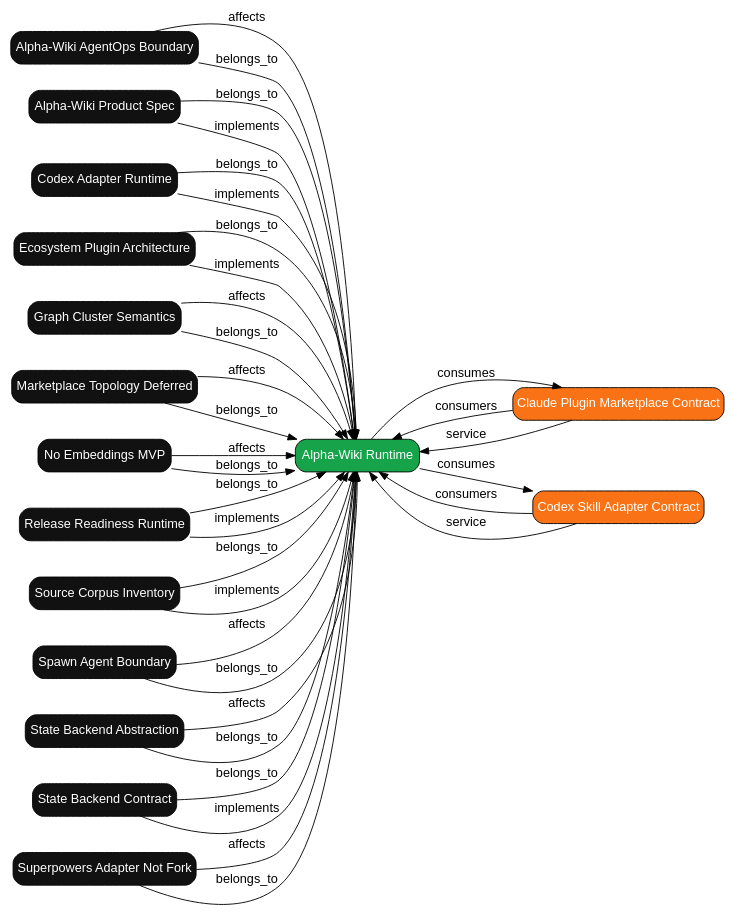
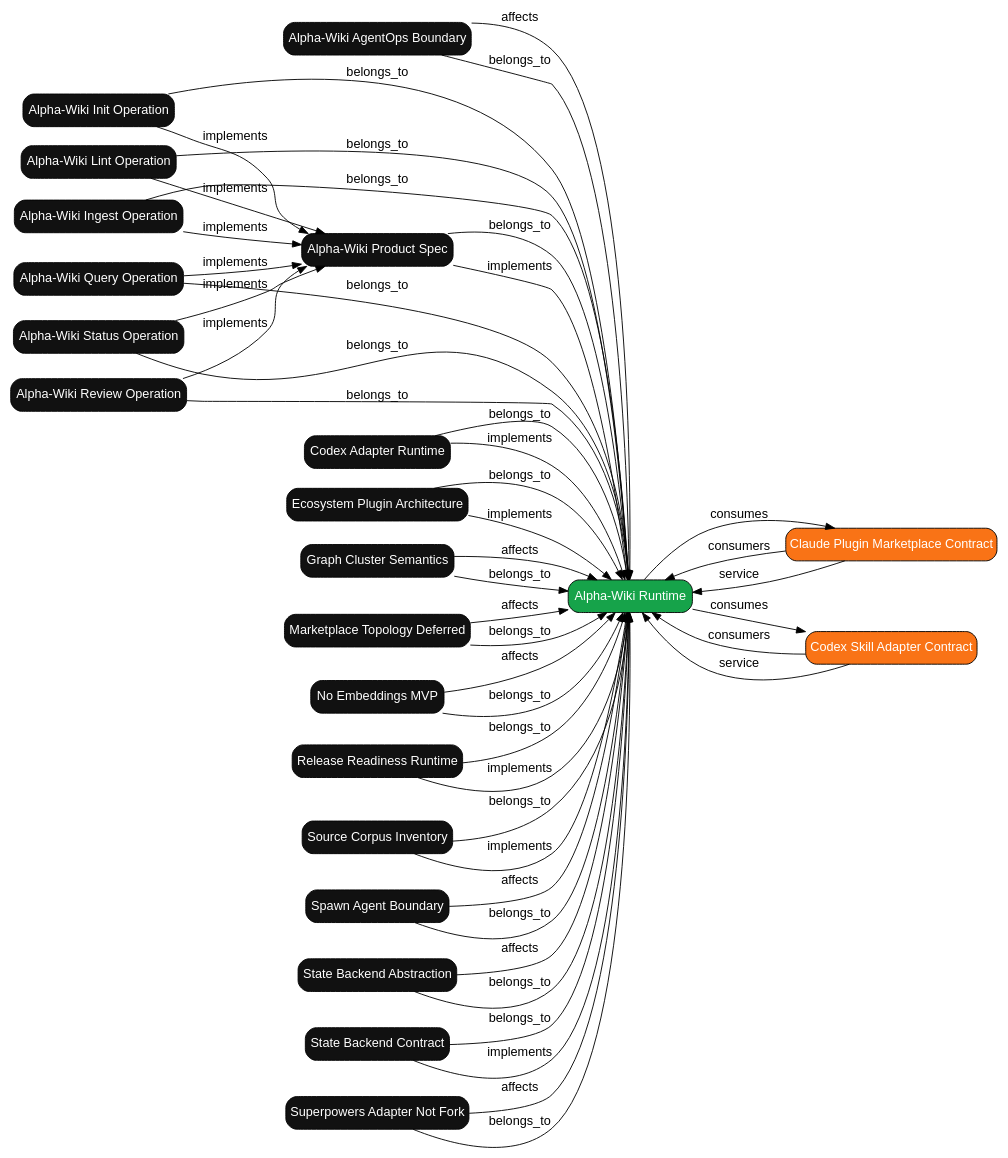
One commit to yura4gus/alpha-wiki-creator changed the diagram in .wiki/graph/graph.dot. Above: the diagram before and after it, drawn with Graphviz. The commit also changed 24 other files, not shown here.

```diff
--- a/.wiki/graph/graph.dot
+++ b/.wiki/graph/graph.dot
@@ -1,53 +1,71 @@
 digraph AlphaWiki {
   graph [rankdir="LR", compound="true"];
   node [shape="box", style="filled,rounded", fontname="Arial"];
   edge [fontname="Arial"];
   "alpha-wiki-agentops-boundary" [label="Alpha-Wiki AgentOps Boundary", fillcolor="#111111", fontcolor="#FFFFFF"];
+  "alpha-wiki-ingest-operation" [label="Alpha-Wiki Ingest Operation", fillcolor="#111111", fontcolor="#FFFFFF"];
+  "alpha-wiki-init-operation" [label="Alpha-Wiki Init Operation", fillcolor="#111111", fontcolor="#FFFFFF"];
+  "alpha-wiki-lint-operation" [label="Alpha-Wiki Lint Operation", fillcolor="#111111", fontcolor="#FFFFFF"];
   "alpha-wiki-product-spec" [label="Alpha-Wiki Product Spec", fillcolor="#111111", fontcolor="#FFFFFF"];
+  "alpha-wiki-query-operation" [label="Alpha-Wiki Query Operation", fillcolor="#111111", fontcolor="#FFFFFF"];
+  "alpha-wiki-review-operation" [label="Alpha-Wiki Review Operation", fillcolor="#111111", fontcolor="#FFFFFF"];
   "alpha-wiki-runtime" [label="Alpha-Wiki Runtime", fillcolor="#16A34A", fontcolor="#FFFFFF"];
+  "alpha-wiki-status-operation" [label="Alpha-Wiki Status Operation", fillcolor="#111111", fontcolor="#FFFFFF"];
   "claude-plugin-marketplace-contract" [label="Claude Plugin Marketplace Contract", fillcolor="#F97316", fontcolor="#FFFFFF"];
   "codex-adapter-runtime" [label="Codex Adapter Runtime", fillcolor="#111111", fontcolor="#FFFFFF"];
   "codex-skill-adapter-contract" [label="Codex Skill Adapter Contract", fillcolor="#F97316", fontcolor="#FFFFFF"];
   "ecosystem-plugin-architecture" [label="Ecosystem Plugin Architecture", fillcolor="#111111", fontcolor="#FFFFFF"];
   "graph-cluster-semantics" [label="Graph Cluster Semantics", fillcolor="#111111", fontcolor="#FFFFFF"];
   "marketplace-topology-deferred" [label="Marketplace Topology Deferred", fillcolor="#111111", fontcolor="#FFFFFF"];
   "no-embeddings-mvp" [label="No Embeddings MVP", fillcolor="#111111", fontcolor="#FFFFFF"];
   "release-readiness-runtime" [label="Release Readiness Runtime", fillcolor="#111111", fontcolor="#FFFFFF"];
   "source-corpus-inventory" [label="Source Corpus Inventory", fillcolor="#111111", fontcolor="#FFFFFF"];
   "spawn-agent-boundary" [label="Spawn Agent Boundary", fillcolor="#111111", fontcolor="#FFFFFF"];
   "state-backend-abstraction" [label="State Backend Abstraction", fillcolor="#111111", fontcolor="#FFFFFF"];
   "state-backend-contract" [label="State Backend Contract", fillcolor="#111111", fontcolor="#FFFFFF"];
   "superpowers-adapter-not-fork" [label="Superpowers Adapter Not Fork", fillcolor="#111111", fontcolor="#FFFFFF"];
   "alpha-wiki-agentops-boundary" -> "alpha-wiki-runtime" [label="affects"];
   "alpha-wiki-agentops-boundary" -> "alpha-wiki-runtime" [label="belongs_to"];
+  "alpha-wiki-ingest-operation" -> "alpha-wiki-product-spec" [label="implements"];
+  "alpha-wiki-ingest-operation" -> "alpha-wiki-runtime" [label="belongs_to"];
+  "alpha-wiki-init-operation" -> "alpha-wiki-product-spec" [label="implements"];
+  "alpha-wiki-init-operation" -> "alpha-wiki-runtime" [label="belongs_to"];
+  "alpha-wiki-lint-operation" -> "alpha-wiki-product-spec" [label="implements"];
+  "alpha-wiki-lint-operation" -> "alpha-wiki-runtime" [label="belongs_to"];
   "alpha-wiki-product-spec" -> "alpha-wiki-runtime" [label="belongs_to"];
   "alpha-wiki-product-spec" -> "alpha-wiki-runtime" [label="implements"];
+  "alpha-wiki-query-operation" -> "alpha-wiki-product-spec" [label="implements"];
+  "alpha-wiki-query-operation" -> "alpha-wiki-runtime" [label="belongs_to"];
+  "alpha-wiki-review-operation" -> "alpha-wiki-product-spec" [label="implements"];
+  "alpha-wiki-review-operation" -> "alpha-wiki-runtime" [label="belongs_to"];
   "alpha-wiki-runtime" -> "claude-plugin-marketplace-contract" [label="consumes"];
   "alpha-wiki-runtime" -> "codex-skill-adapter-contract" [label="consumes"];
+  "alpha-wiki-status-operation" -> "alpha-wiki-product-spec" [label="implements"];
+  "alpha-wiki-status-operation" -> "alpha-wiki-runtime" [label="belongs_to"];
   "claude-plugin-marketplace-contract" -> "alpha-wiki-runtime" [label="consumers"];
   "claude-plugin-marketplace-contract" -> "alpha-wiki-runtime" [label="service"];
   "codex-adapter-runtime" -> "alpha-wiki-runtime" [label="belongs_to"];
   "codex-adapter-runtime" -> "alpha-wiki-runtime" [label="implements"];
   "codex-skill-adapter-contract" -> "alpha-wiki-runtime" [label="consumers"];
   "codex-skill-adapter-contract" -> "alpha-wiki-runtime" [label="service"];
   "ecosystem-plugin-architecture" -> "alpha-wiki-runtime" [label="belongs_to"];
   "ecosystem-plugin-architecture" -> "alpha-wiki-runtime" [label="implements"];
   "graph-cluster-semantics" -> "alpha-wiki-runtime" [label="affects"];
   "graph-cluster-semantics" -> "alpha-wiki-runtime" [label="belongs_to"];
   "marketplace-topology-deferred" -> "alpha-wiki-runtime" [label="affects"];
   "marketplace-topology-deferred" -> "alpha-wiki-runtime" [label="belongs_to"];
   "no-embeddings-mvp" -> "alpha-wiki-runtime" [label="affects"];
   "no-embeddings-mvp" -> "alpha-wiki-runtime" [label="belongs_to"];
   "release-readiness-runtime" -> "alpha-wiki-runtime" [label="belongs_to"];
   "release-readiness-runtime" -> "alpha-wiki-runtime" [label="implements"];
   "source-corpus-inventory" -> "alpha-wiki-runtime" [label="belongs_to"];
   "source-corpus-inventory" -> "alpha-wiki-runtime" [label="implements"];
   "spawn-agent-boundary" -> "alpha-wiki-runtime" [label="affects"];
   "spawn-agent-boundary" -> "alpha-wiki-runtime" [label="belongs_to"];
   "state-backend-abstraction" -> "alpha-wiki-runtime" [label="affects"];
   "state-backend-abstraction" -> "alpha-wiki-runtime" [label="belongs_to"];
   "state-backend-contract" -> "alpha-wiki-runtime" [label="belongs_to"];
   "state-backend-contract" -> "alpha-wiki-runtime" [label="implements"];
   "superpowers-adapter-not-fork" -> "alpha-wiki-runtime" [label="affects"];
   "superpowers-adapter-not-fork" -> "alpha-wiki-runtime" [label="belongs_to"];
 }
```
